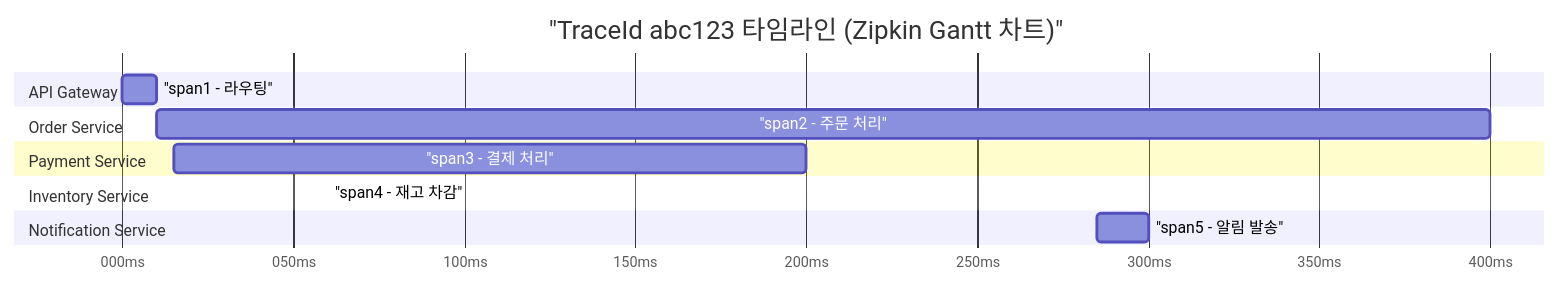
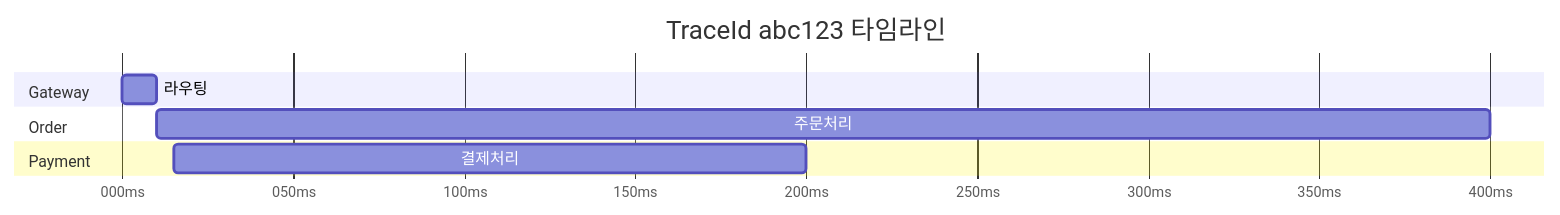
Before and after one commit to yjkim2015/yjkim2015.github.io: the second of 2 diagrams in _posts/spring/2026-05-01-spring-sleuth-zipkin.md, drawn with Mermaid. The commit also changed other lines of this file and 215 other files, not shown here.

First line of the commit message:
신규 포스트 10개 추가 + Mermaid 전면 축소 + SystemDesign 시리즈 보강

````diff
--- a/_posts/spring/2026-05-01-spring-sleuth-zipkin.md
+++ b/_posts/spring/2026-05-01-spring-sleuth-zipkin.md
@@ -213,21 +212,12 @@
 ```mermaid
 gantt
-    title "TraceId abc123 타임라인 (Zipkin Gantt 차트)"
+    title TraceId abc123 타임라인
     dateFormat x
     axisFormat %Lms
-
-    section API Gateway
-    "span1 - 라우팅"         :0, 10
-
-    section Order Service
-    "span2 - 주문 처리"      :10, 400
-
-    section Payment Service
-    "span3 - 결제 처리"      :15, 200
-
-    section Inventory Service
-    "span4 - 재고 차감"      :220, 60
-
-    section Notification Service
-    "span5 - 알림 발송"      :285, 300
+    section Gateway
+    라우팅       :0, 10
+    section Order
+    주문처리     :10, 400
+    section Payment
+    결제처리     :15, 200
 ```
````
